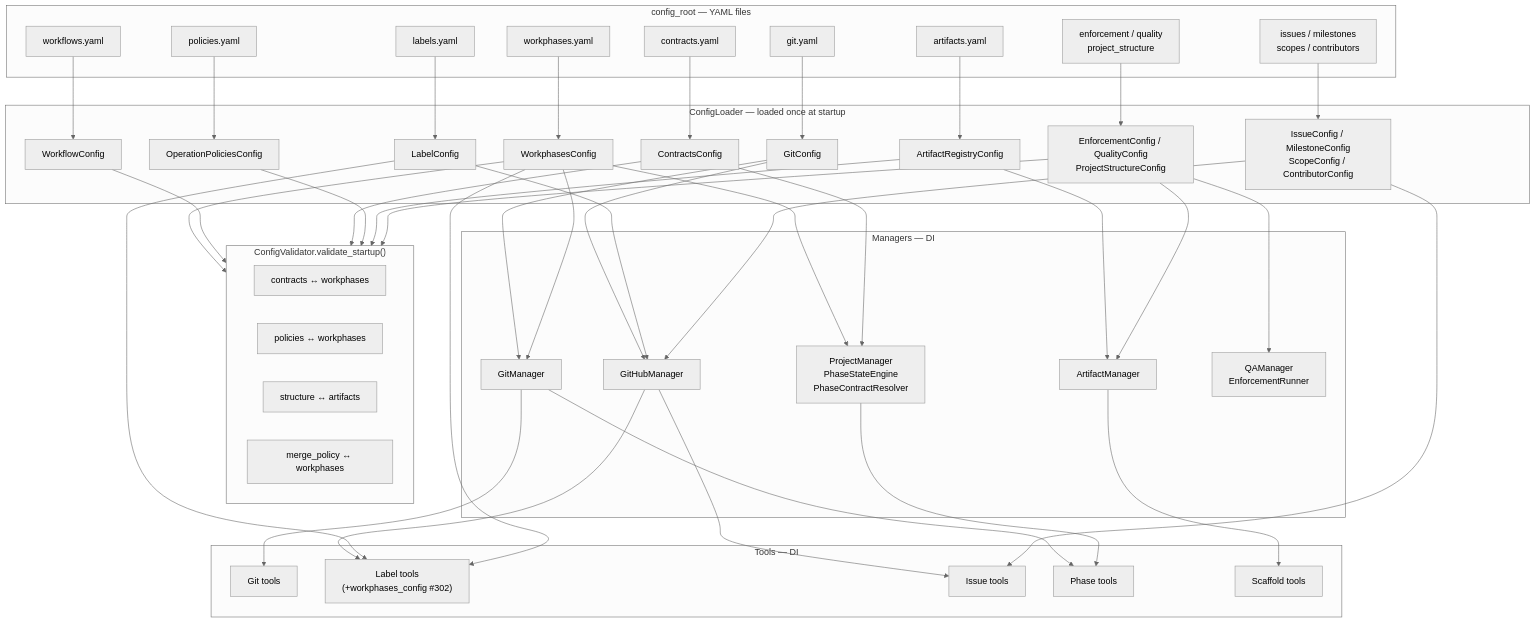
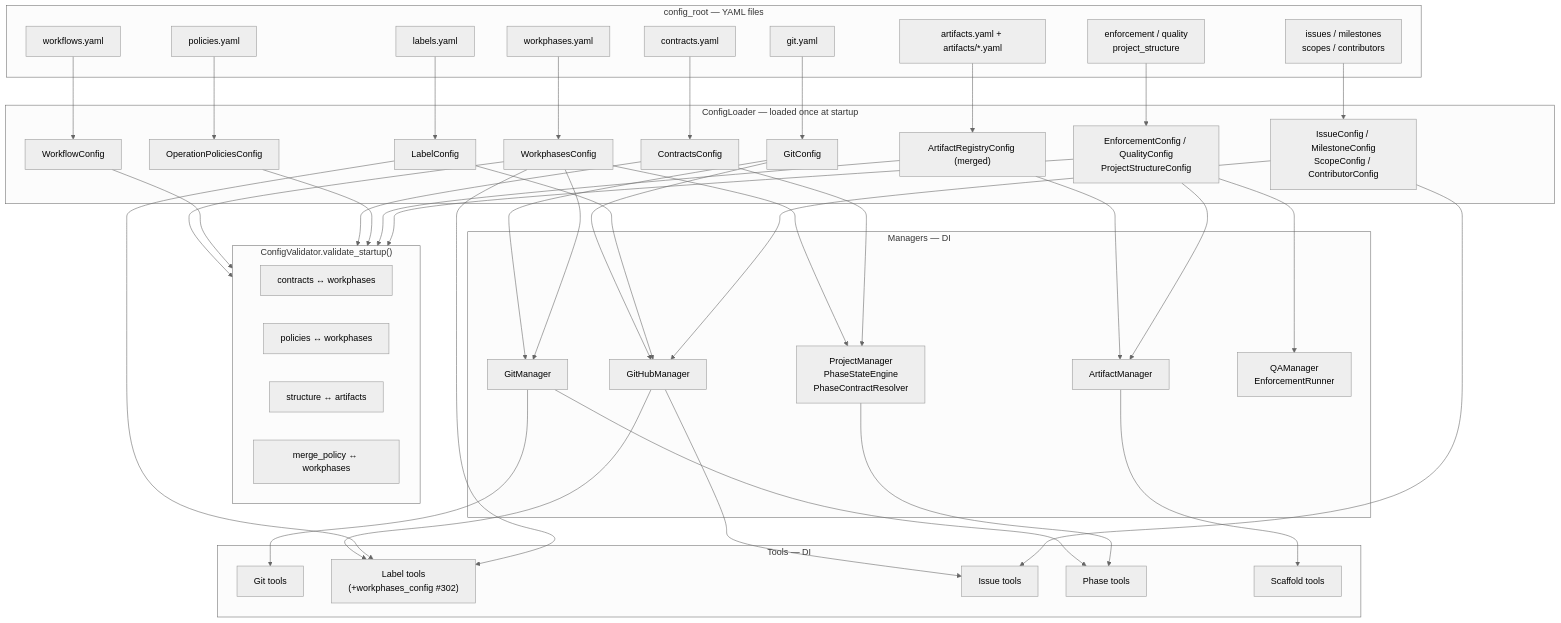
The fifth of 5 diagrams in docs/reference/config-loading-architecture.md (MikeyVK/phase-gate-mcp), drawn with Mermaid (neutral theme) before and after one commit. The commit also changed other lines of this file and 11 other files, not shown here.

````diff
--- a/docs/reference/config-loading-architecture.md
+++ b/docs/reference/config-loading-architecture.md
@@ -352,65 +352,65 @@
 ```mermaid
 flowchart TD
     subgraph DISK["config_root — YAML files"]
         Y1[git.yaml]
         Y2[labels.yaml]
         Y3[workphases.yaml]
         Y4[workflows.yaml]
         Y5[contracts.yaml]
         Y6[policies.yaml]
-        Y7[artifacts.yaml]
+        Y7["artifacts.yaml + artifacts/*.yaml"]
         Y8["issues / milestones<br/>scopes / contributors"]
         Y9["enforcement / quality<br/>project_structure"]
     end
     subgraph LOAD["ConfigLoader — loaded once at startup"]
         L1[GitConfig]
         L2[LabelConfig]
         L3[WorkphasesConfig]
         L4[WorkflowConfig]
         L5[ContractsConfig]
         L6[OperationPoliciesConfig]
-        L7[ArtifactRegistryConfig]
+        L7["ArtifactRegistryConfig (merged)"]
         L8["IssueConfig / MilestoneConfig<br/>ScopeConfig / ContributorConfig"]
         L9["EnforcementConfig / QualityConfig<br/>ProjectStructureConfig"]
     end
     subgraph VALIDATE["ConfigValidator.validate_startup()"]
         V1[contracts ↔ workphases]
         V2[policies ↔ workphases]
         V3[structure ↔ artifacts]
         V4[merge_policy ↔ workphases]
     end
     subgraph MANAGERS["Managers — DI"]
         M1[GitManager]
         M2[GitHubManager]
         M3["ProjectManager<br/>PhaseStateEngine<br/>PhaseContractResolver"]
         M4[ArtifactManager]
         M5["QAManager<br/>EnforcementRunner"]
     end
     subgraph TOOLS["Tools — DI"]
         T1["Git tools"]
         T2["Label tools<br/>(+workphases_config #302)"]
         T3[Issue tools]
         T4[Phase tools]
         T5[Scaffold tools]
     end
     Y1 --> L1
     Y2 --> L2
     Y3 --> L3
     Y4 --> L4
     Y5 --> L5
     Y6 --> L6
     Y7 --> L7
     Y8 --> L8
     Y9 --> L9
     L3 & L4 & L5 & L6 & L7 & L9 --> VALIDATE
     L1 & L3 --> M1
     L1 & L2 & L8 --> M2
     L3 & L5 --> M3
     L7 & L9 --> M4
     L9 --> M5
     M1 --> T1 & T4
     M2 & L2 & L3 --> T2
     M2 & L8 --> T3
     M3 --> T4
     M4 --> T5
 ```
````
